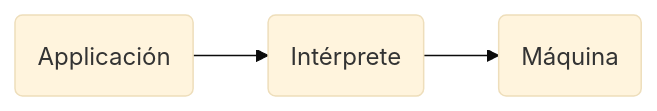
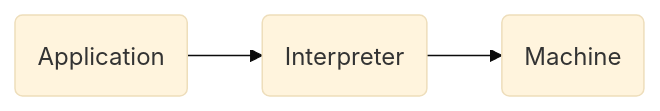
The second of 4 diagrams in UD01/UD01_ES.md (qwertyuioplkjhgfdsazx/PSP-CFGS-2223), drawn with Mermaid (base theme) before and after one commit. The commit also changed other lines of this file and 13 other files, not shown here.

````diff
--- a/UD01/UD01_ES.md
+++ b/UD01/UD01_ES.md
@@ -72,4 +74,4 @@
   ```mermaid
   graph LR
-  A(Applicación) --> C(Intérprete) --> B(Máquina)
+  A(Application) --> C(Interpreter) --> B(Machine)
   ```
````
